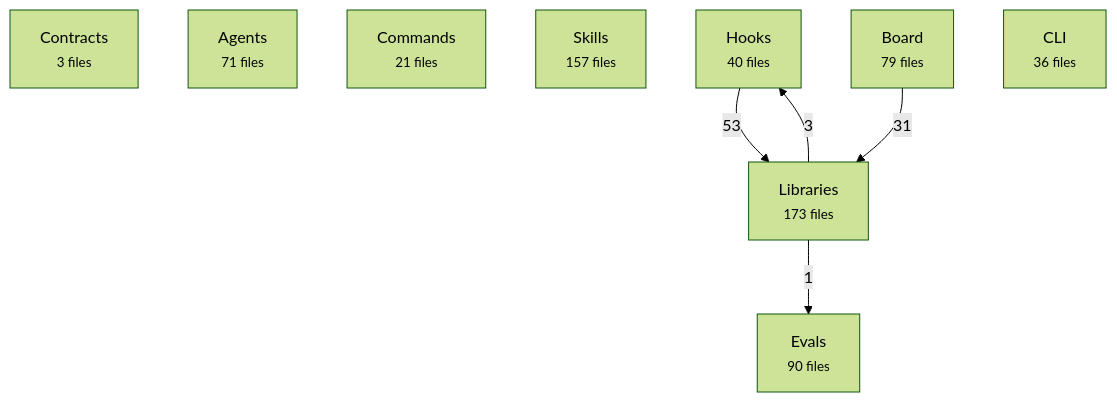
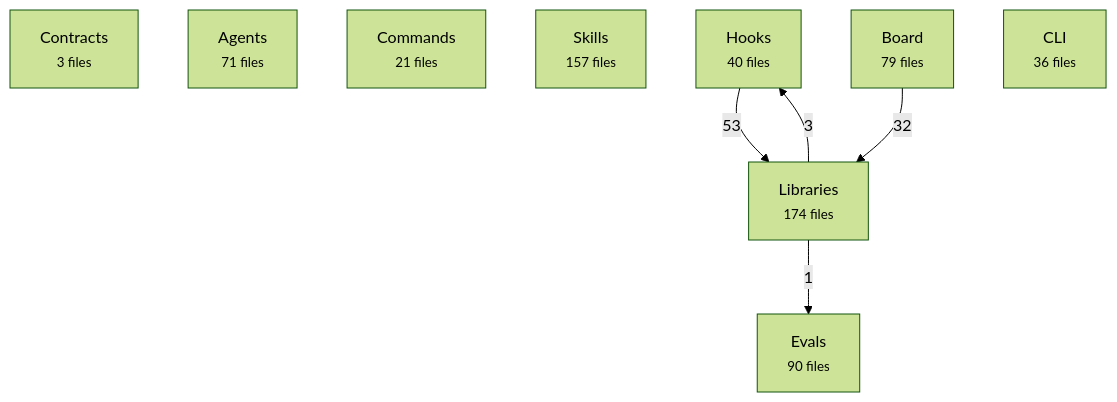
One commit to avelikiy/great_cto changed the first of 2 diagrams in docs/reference/architecture-map.md. Above: the diagram before and after it, drawn with Mermaid (forest theme). The commit also changed other lines of this file and 18 other files, not shown here.

````diff
--- a/docs/reference/architecture-map.md
+++ b/docs/reference/architecture-map.md
@@ -20,16 +20,16 @@
 ```mermaid
 flowchart TD
   contracts["Contracts<br/><small>3 files</small>"]
   agents["Agents<br/><small>71 files</small>"]
   commands["Commands<br/><small>21 files</small>"]
   skills["Skills<br/><small>157 files</small>"]
   hooks["Hooks<br/><small>40 files</small>"]
-  libs["Libraries<br/><small>173 files</small>"]
+  libs["Libraries<br/><small>174 files</small>"]
   board["Board<br/><small>79 files</small>"]
   cli["CLI<br/><small>36 files</small>"]
   evals["Evals<br/><small>90 files</small>"]
   hooks -->|53| libs
-  board -->|31| libs
+  board -->|32| libs
   libs -->|3| hooks
   libs -->|1| evals
 ```
````
